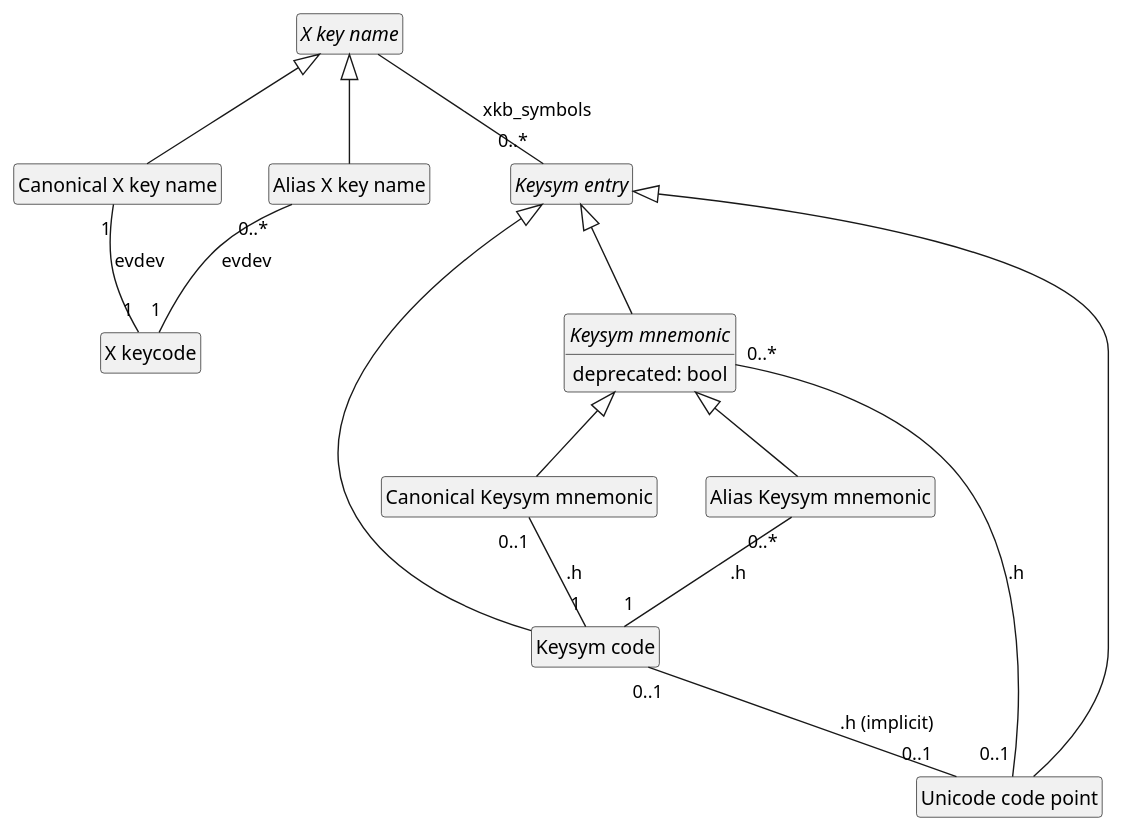
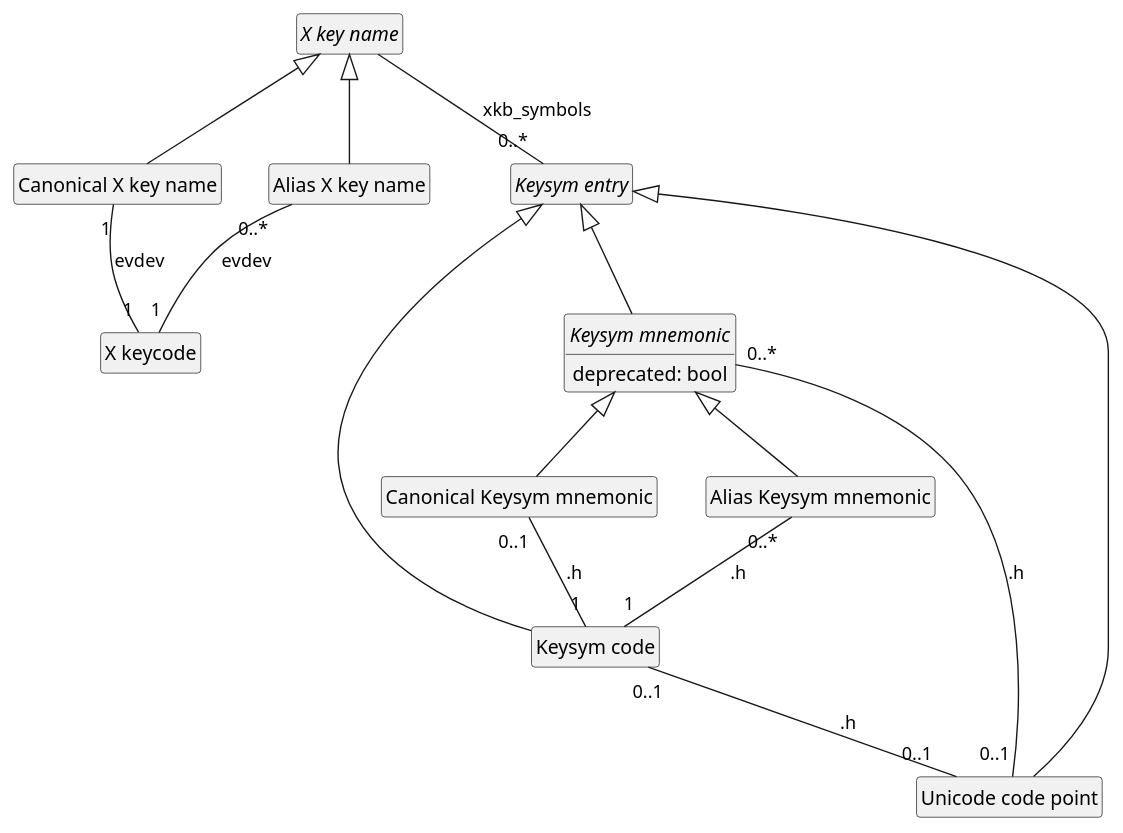
The diagram in X mappings.wsd (oliviercailloux/XKB-doc), drawn with PlantUML before and after one commit. The commit also changed 1 other file, not shown here.

Commit message:
Rm .h implicit mark

```diff
--- a/X mappings.wsd
+++ b/X mappings.wsd
@@ -1,25 +1,25 @@
 @startuml X mappings
 hide empty members
 hide circle
 abstract class  "X key name"
 "X key name" <|-- "Alias X key name"
 "X key name" <|-- "Canonical X key name"
 "Alias X key name" "0..*" -- "1" "X keycode" : evdev 
 "Canonical X key name" "1" -- "1" "X keycode" : evdev 
 
 abstract class "Keysym entry"
 "X key name" -- "0..*" "Keysym entry" : xkb_symbols
 
 abstract class "Keysym mnemonic" {
   deprecated: bool
 }
 "Keysym entry" <|-- "Keysym mnemonic"
 "Keysym entry" <|-- "Unicode code point"
 "Keysym entry" <|-- "Keysym code"
 "Keysym mnemonic" <|-- "Canonical Keysym mnemonic"
 "Keysym mnemonic" <|-- "Alias Keysym mnemonic"
 "Keysym mnemonic" "0..*" -- "0..1" "Unicode code point" : .h
 "Canonical Keysym mnemonic" "0..1" -- "1" "Keysym code" : .h
 "Alias Keysym mnemonic" "0..*" -- "1" "Keysym code" : .h
-"Keysym code" "0..1" -- "0..1" "Unicode code point" : .h (implicit)
+"Keysym code" "0..1" -- "0..1" "Unicode code point" : .h
 @enduml
```
